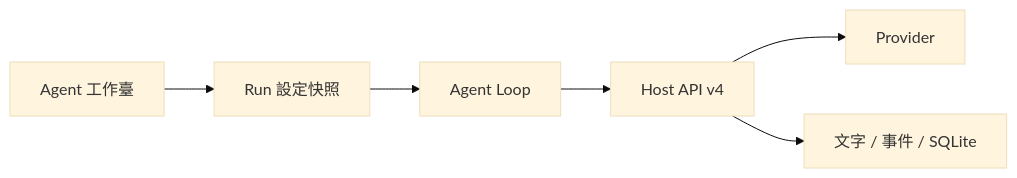
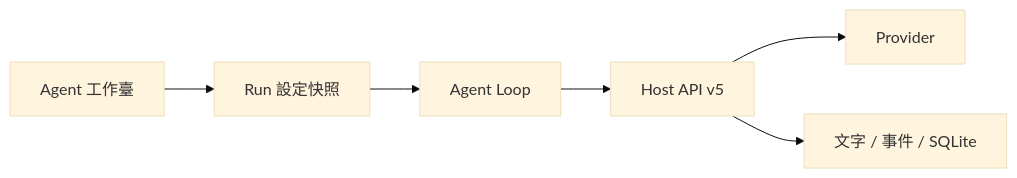
The diagram in README.md (HsinPu/OpenSprite), drawn with Mermaid (base theme) before and after one commit. The commit also changed other lines of this file and 91 other files, not shown here.

````diff
--- a/README.md
+++ b/README.md
@@ -111,8 +111,8 @@
 ```mermaid
 flowchart LR
   UI[Agent 工作臺] --> Run[Run 設定快照]
   Run --> Loop[Agent Loop]
-  Loop --> Host[Host API v4]
+  Loop --> Host[Host API v5]
   Host --> Provider[Provider]
   Host --> State[文字 / 事件 / SQLite]
 ```
````
